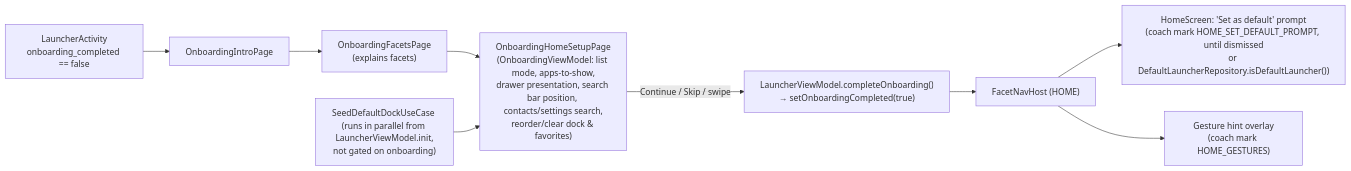
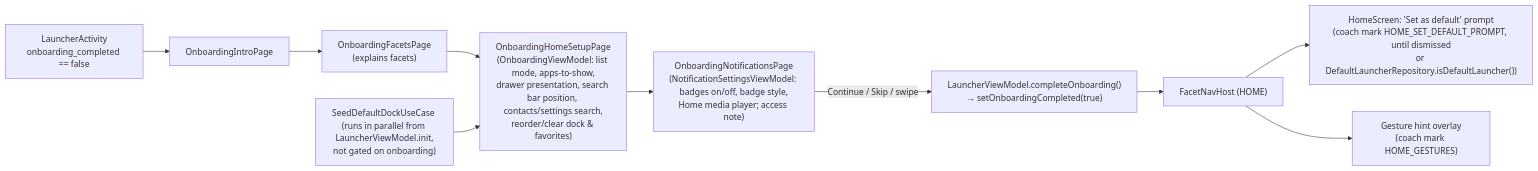
The fifth of 5 diagrams in docs/architecture/13-flow-facets-theme-notifications-onboarding.md (rohitganjam/facet-launcher), drawn with Mermaid before and after one commit. The commit also changed other lines of this file and 16 other files, not shown here.

First line of the commit message:
Onboarding: notifications step for badges and the Home media player

````diff
--- a/docs/architecture/13-flow-facets-theme-notifications-onboarding.md
+++ b/docs/architecture/13-flow-facets-theme-notifications-onboarding.md
@@ -443,11 +443,12 @@
 ```mermaid
 flowchart LR
     START["LauncherActivity\nonboarding_completed == false"] --> INTRO["OnboardingIntroPage"]
     INTRO --> FACETS["OnboardingFacetsPage\n(explains facets)"]
     FACETS --> SETUP["OnboardingHomeSetupPage\n(OnboardingViewModel: list mode, apps-to-show,\ndrawer presentation, search bar position, contacts/settings search,\nreorder/clear dock & favorites)"]
-    SETUP -- "Continue / Skip / swipe" --> FIN["LauncherViewModel.completeOnboarding()\n→ setOnboardingCompleted(true)"]
+    SETUP --> NOTIF["OnboardingNotificationsPage\n(NotificationSettingsViewModel: badges on/off, badge style,\nHome media player; access note)"]
+    NOTIF -- "Continue / Skip / swipe" --> FIN["LauncherViewModel.completeOnboarding()\n→ setOnboardingCompleted(true)"]
     FIN --> HOME["FacetNavHost (HOME)"]
     HOME --> PROMPT["HomeScreen: 'Set as default' prompt\n(coach mark HOME_SET_DEFAULT_PROMPT, until dismissed\nor DefaultLauncherRepository.isDefaultLauncher())"]
     HOME --> GEST["Gesture hint overlay\n(coach mark HOME_GESTURES)"]
     SEED["SeedDefaultDockUseCase (runs in parallel from LauncherViewModel.init,\nnot gated on onboarding)"] --> SETUP
 ```
````
